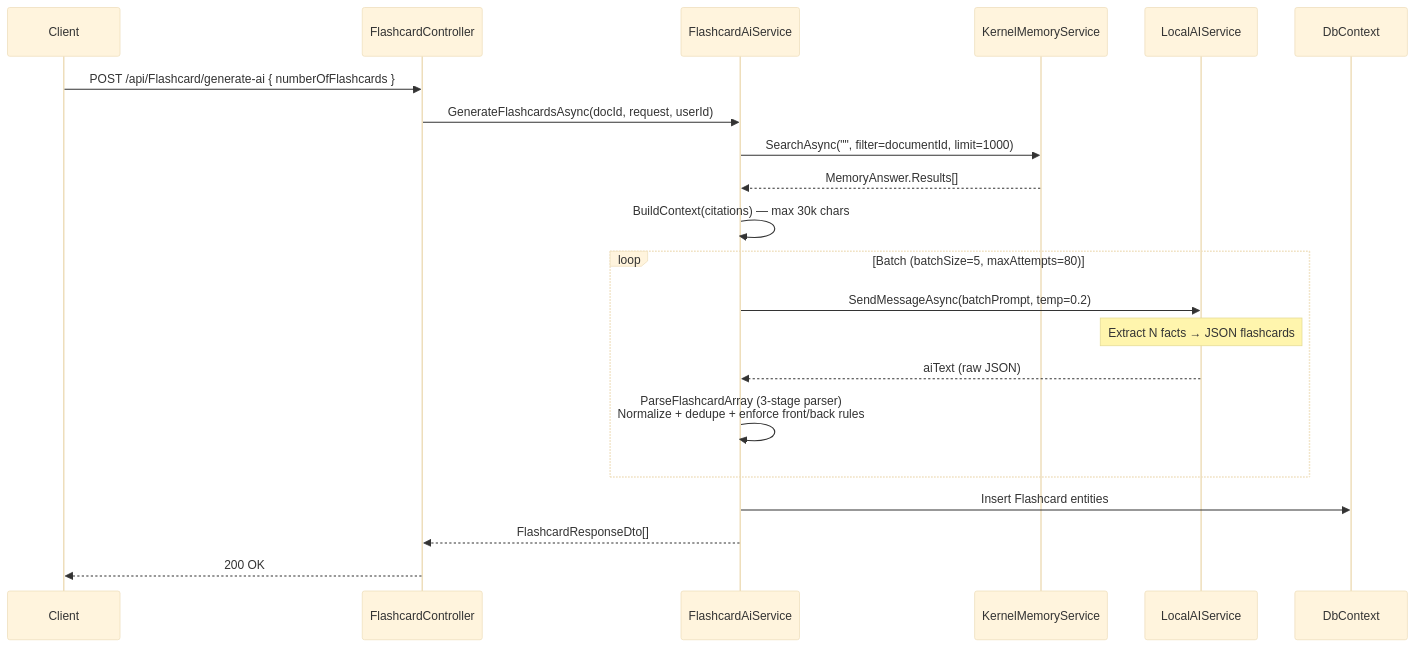
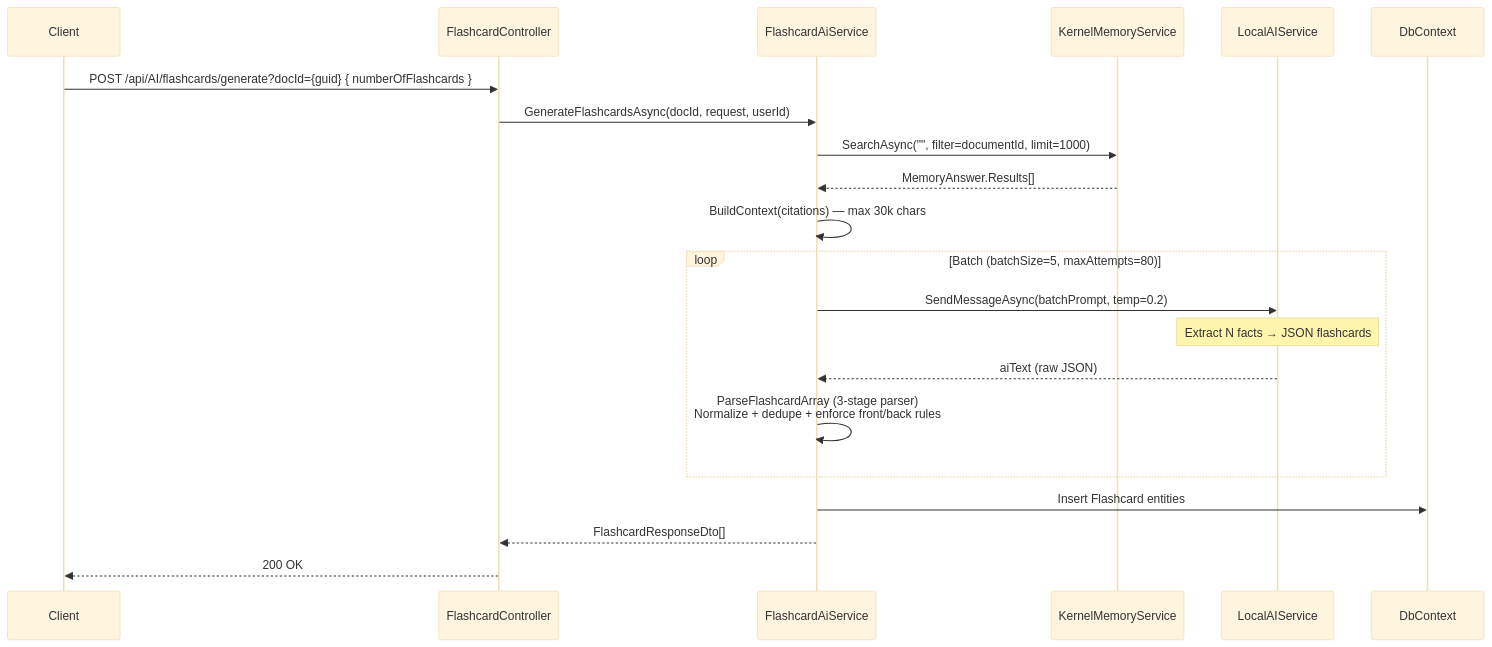
Before and after one commit to SWP391-SU26-SE1923-GROUP5/BE-SWP: the third of 5 diagrams in README.md, drawn with Mermaid (base theme). The commit also changed other lines of this file and 3 other files, not shown here.

````diff
--- a/README.md
+++ b/README.md
@@ -179,26 +179,26 @@
 ```mermaid
 sequenceDiagram
     participant Client
     participant Ctrl as FlashcardController
     participant Svc as FlashcardAiService
     participant KM as KernelMemoryService
     participant LLM as LocalAIService
     participant DB as DbContext
 
-    Client->>Ctrl: POST /api/Flashcard/generate-ai { numberOfFlashcards }
+    Client->>Ctrl: POST /api/AI/flashcards/generate?docId={guid} { numberOfFlashcards }
     Ctrl->>Svc: GenerateFlashcardsAsync(docId, request, userId)
     Svc->>KM: SearchAsync("", filter=documentId, limit=1000)
     KM-->>Svc: MemoryAnswer.Results[]
     Svc->>Svc: BuildContext(citations) — max 30k chars
 
     loop Batch (batchSize=5, maxAttempts=80)
         Svc->>LLM: SendMessageAsync(batchPrompt, temp=0.2)
         Note over LLM: Extract N facts → JSON flashcards
         LLM-->>Svc: aiText (raw JSON)
         Svc->>Svc: ParseFlashcardArray (3-stage parser)<br/>Normalize + dedupe + enforce front/back rules
     end
 
     Svc->>DB: Insert Flashcard entities
     Svc-->>Ctrl: FlashcardResponseDto[]
     Ctrl-->>Client: 200 OK
 ```
````
